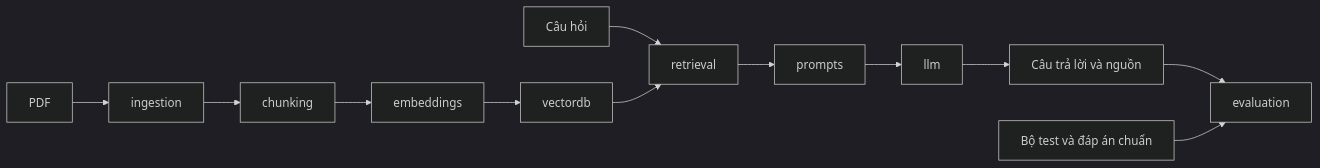
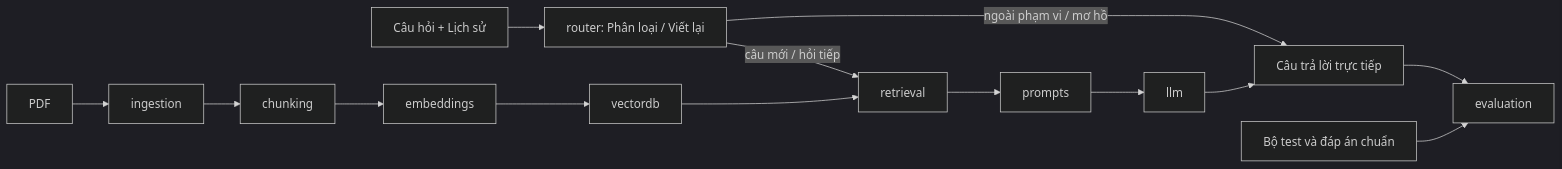
Before and after one commit to qtamtensor05/ViGovBot: the diagram in docs/architecture.md, drawn with Mermaid (dark theme). The commit also changed 1 other file, not shown here.

Commit message:
feat: Update dataset resolution logic to set default views based on dataset type

````diff
--- a/docs/architecture.md
+++ b/docs/architecture.md
@@ -12,9 +12,11 @@
 ```mermaid
 flowchart LR
     PDF --> ingestion --> chunking --> embeddings --> vectordb
-    question[Câu hỏi] --> retrieval
+    question[Câu hỏi + Lịch sử] --> router[router: Phân loại / Viết lại]
+    router -->|ngoài phạm vi / mơ hồ| answer[Câu trả lời trực tiếp]
+    router -->|câu mới / hỏi tiếp| retrieval
     vectordb --> retrieval --> prompts --> llm
-    llm --> answer[Câu trả lời và nguồn]
+    llm --> answer
     answer --> evaluation
     dataset[Bộ test và đáp án chuẩn] --> evaluation
 ```
````
